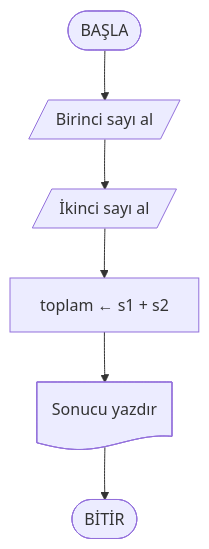
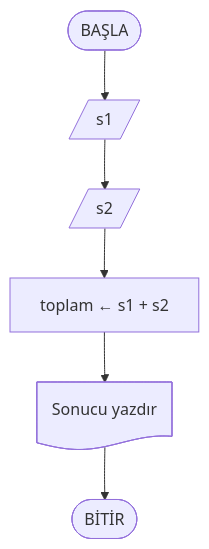
The first of 10 diagrams in Hafta02/ders_icerik.md (ibrahimayaz/Algoritma-ve-Programlamaya-Giris-2025), drawn with Mermaid before and after one commit.

Commit message:
Hafta02 Guncellendi

````diff
--- a/Hafta02/ders_icerik.md
+++ b/Hafta02/ders_icerik.md
@@ -342,5 +342,5 @@
 ```mermaid
 flowchart TD
-  start([BAŞLA]) --> in1[/Birinci sayı al/] --> in2[/İkinci sayı al/]
+  start([BAŞLA]) --> in1[/s1/] --> in2[/s2/]
   in2 --> calc[toplam ← s1 + s2] --> out@{ shape: doc, label: "Sonucu yazdır" } --> endNode([BİTİR])
 ```
````
